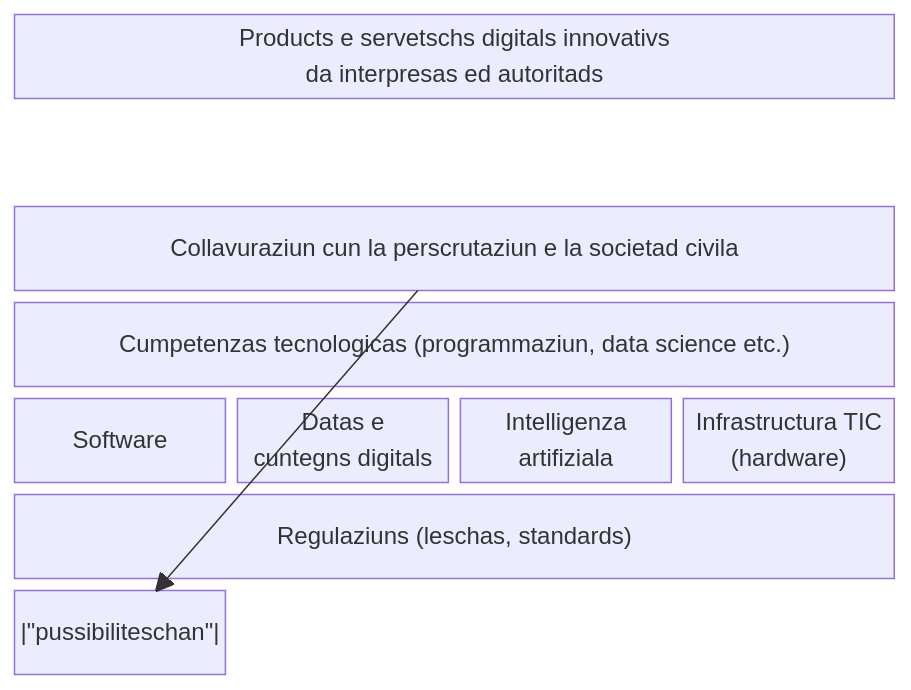
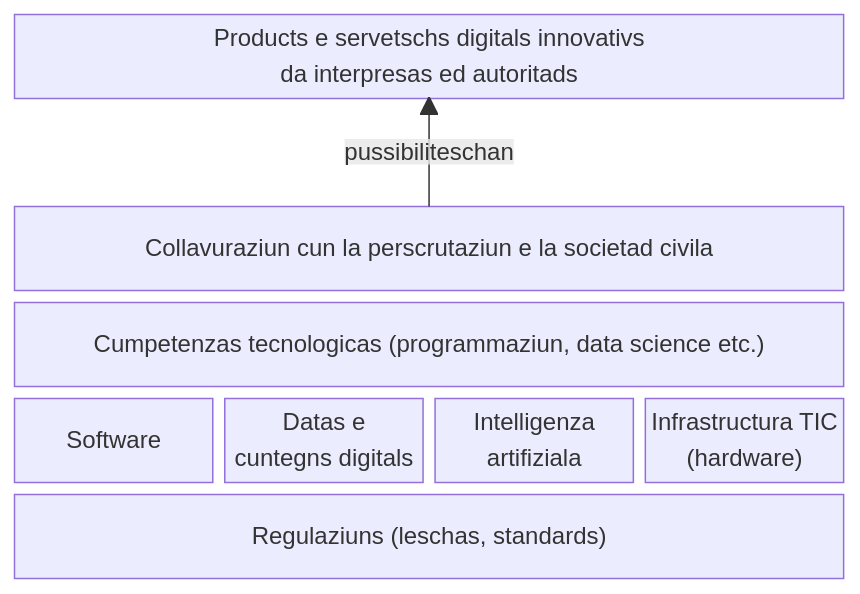
Before and after one commit to 736-c41-2c1-e464fc974/opensource-guidelines: the fifth of 5 diagrams in docs/em002-7.adoc, drawn with Mermaid. The commit also changed other lines of this file, not shown here.

First line of the commit message:
Point the sovereignty arrow back at the roof

```diff
--- a/docs/em002-7.adoc
+++ b/docs/em002-7.adoc
@@ -2953,12 +2967,12 @@
 [mermaid,align="center",alt="Represchentaziun schematica dals aspects da la suveranitad digitala che pussibiliteschan la purschida da products e servetschs innovativs"]
 ....
 block-beta
   columns 4
   Roof["Products e servetschs digitals innovativs<br/>da interpresas ed autoritads"]:4
   space:4
   Collab["Collavuraziun cun la perscrutaziun e la societad civila"]:4
   Skills["Cumpetenzas tecnologicas (programmaziun, data science etc.)"]:4
   SW["Software"] Data["Datas e<br/>cuntegns digitals"] AI["Intelligenza<br/>artifiziala"] Infra["Infrastructura TIC<br/>(hardware)"]
   Reg["Regulaziuns (leschas, standards)"]:4
-  Collab -->|"pussibiliteschan"| Roof
+  Collab-- "pussibiliteschan" -->Roof
 ....
```
